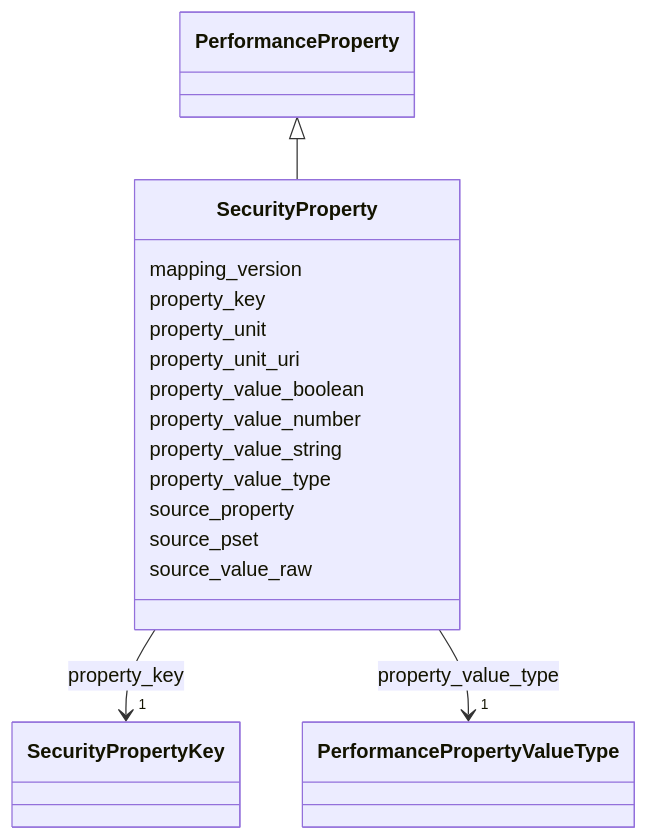
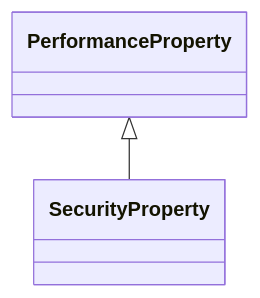
One commit to simondilhas/pragmatic-bim-data-contract changed the diagram in site/.md-src/schema/SecurityProperty.md. Above: the diagram before and after it, drawn with Mermaid. The commit also changed other lines of this file and 561 other files, not shown here.

First line of the commit message:
Integrate Mermaid and Panzoom for enhanced documentation visualization

````diff
--- a/site/.md-src/schema/SecurityProperty.md
+++ b/site/.md-src/schema/SecurityProperty.md
@@ -23,22 +23,10 @@
 ```mermaid
- classDiagram
-    class SecurityProperty
-    click SecurityProperty href "./SecurityProperty.html"
-      PerformanceProperty <|-- SecurityProperty
-        click PerformanceProperty href "./PerformanceProperty.html"
-      SecurityProperty : mapping_version
-      SecurityProperty : property_key
-        SecurityProperty --> "1" SecurityPropertyKey : property_key
-        click SecurityPropertyKey href "./SecurityPropertyKey.html"
-      SecurityProperty : property_unit
-      SecurityProperty : property_unit_uri
-      SecurityProperty : property_value_boolean
-      SecurityProperty : property_value_number
-      SecurityProperty : property_value_string
-      SecurityProperty : property_value_type
-        SecurityProperty --> "1" PerformancePropertyValueType : property_value_type
-        click PerformancePropertyValueType href "./PerformancePropertyValueType.html"
-      SecurityProperty : source_property
-      SecurityProperty : source_pset
-      SecurityProperty : source_value_raw
+classDiagram
+direction TB
+class SecurityProperty
+click SecurityProperty href "./SecurityProperty.html" _blank
+PerformanceProperty <|-- SecurityProperty
+click PerformanceProperty href "./PerformanceProperty.html" _blank
+click SecurityPropertyKey href "./SecurityPropertyKey.html" _blank
+click PerformancePropertyValueType href "./PerformancePropertyValueType.html" _blank
 ```
````
